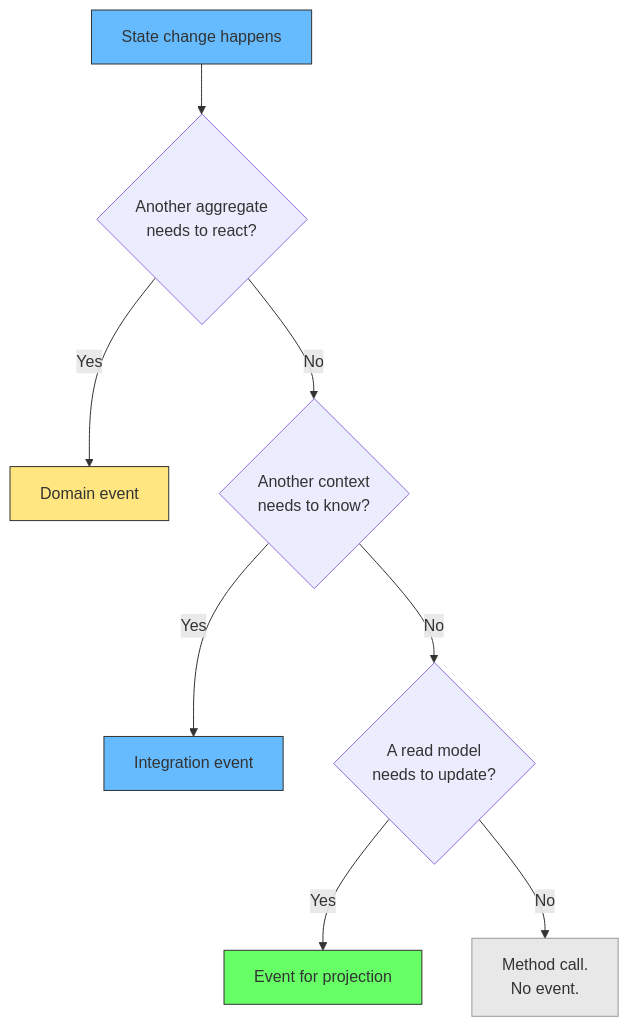
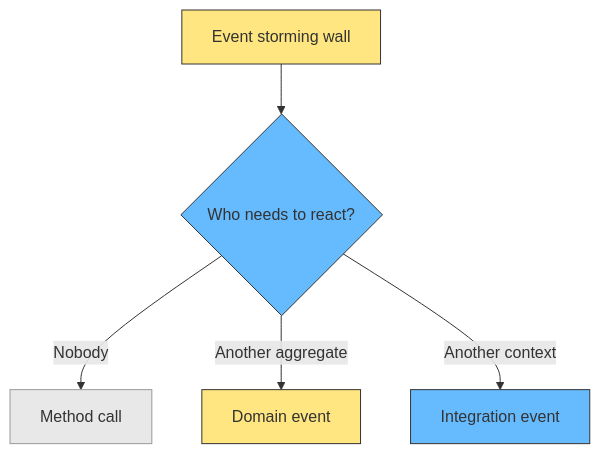
The fourth of 4 diagrams in docs/software-engineering/events-are-discovery-not-code.md (labeebahmad201/knowledge-base), drawn with Mermaid before and after one commit. The commit also changed other lines of this file, not shown here.

Commit message:
rewrite: concise opening with event storming diagram

````diff
--- a/docs/software-engineering/events-are-discovery-not-code.md
+++ b/docs/software-engineering/events-are-discovery-not-code.md
@@ -124,15 +143,12 @@
 ```mermaid
 graph TD
-    START["State change happens"] --> Q1{"Another aggregate<br/>needs to react?"}
-    Q1 -->|"Yes"| DE["Domain event"]
-    Q1 -->|"No"| Q2{"Another context<br/>needs to know?"}
-    Q2 -->|"Yes"| IE["Integration event"]
-    Q2 -->|"No"| Q3{"A read model<br/>needs to update?"}
-    Q3 -->|"Yes"| RE["Event for projection"]
-    Q3 -->|"No"| MC["Method call.<br/>No event."]
-    style START fill:#6bf,stroke:#333
+    W["Event storming wall"] --> F{"Who needs to react?"}
+    F -->|"Nobody"| MC["Method call"]
+    F -->|"Another aggregate"| DE["Domain event"]
+    F -->|"Another context"| IE["Integration event"]
+    style W fill:#ffe680,stroke:#333
+    style F fill:#6bf,stroke:#333
+    style MC fill:#e8e8e8,stroke:#999
     style DE fill:#ffe680,stroke:#333
     style IE fill:#6bf,stroke:#333
-    style RE fill:#6f6,stroke:#333
-    style MC fill:#e8e8e8,stroke:#999
 ```
````
